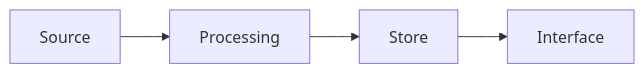
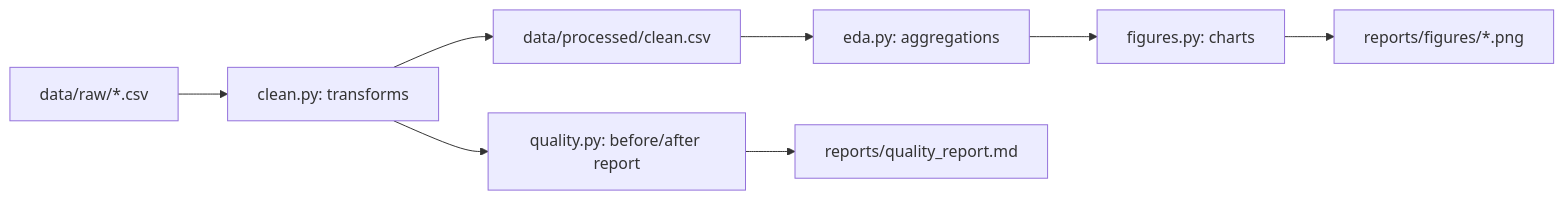
Before and after one commit to Prithv122/messy-data-eda: the diagram in README.md, drawn with Mermaid. The commit also changed other lines of this file and 10 other files, not shown here.

Commit message:
docs: data dictionary, README with real numbers, generated reports and figures

````diff
--- a/README.md
+++ b/README.md
@@ -29,6 +40,10 @@
 ```mermaid
 flowchart LR
-    A[Source] --> B[Processing]
-    B --> C[Store]
-    C --> D[Interface]
+    A[data/raw/*.csv] --> B[clean.py: transforms]
+    B --> C[quality.py: before/after report]
+    B --> D[data/processed/clean.csv]
+    D --> E[eda.py: aggregations]
+    E --> F[figures.py: charts]
+    C --> G[reports/quality_report.md]
+    F --> H[reports/figures/*.png]
 ```
````
